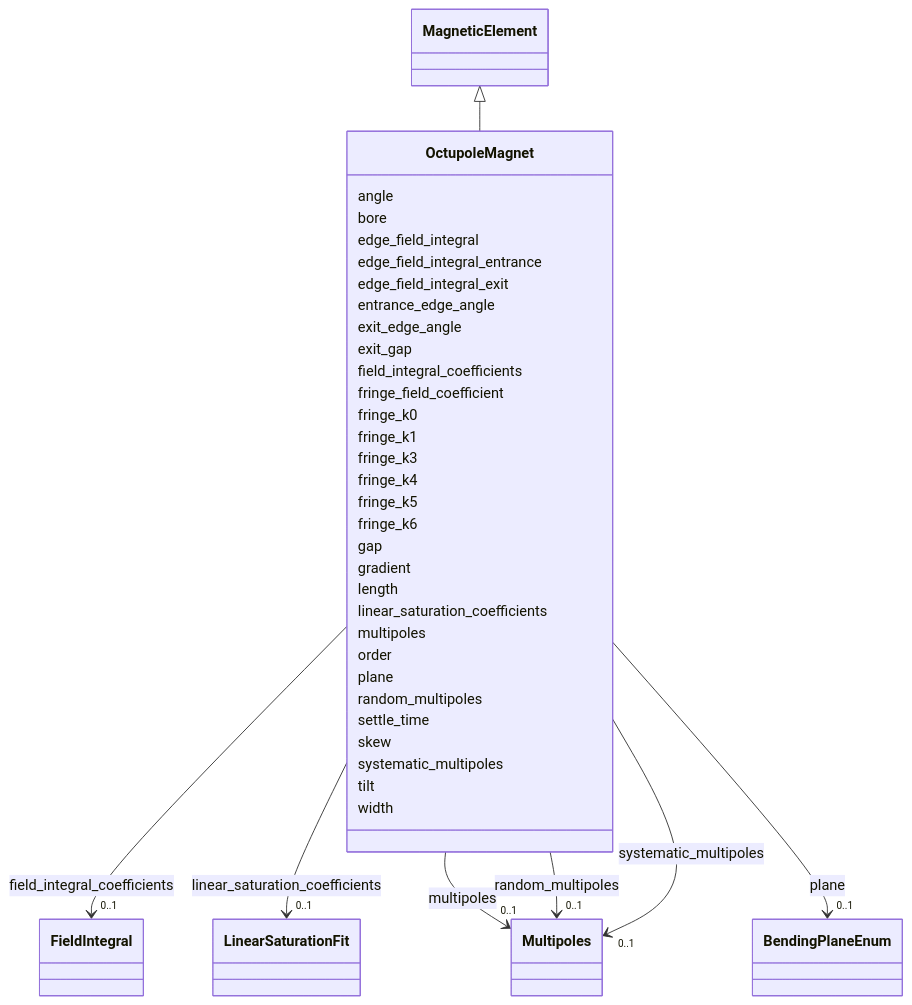
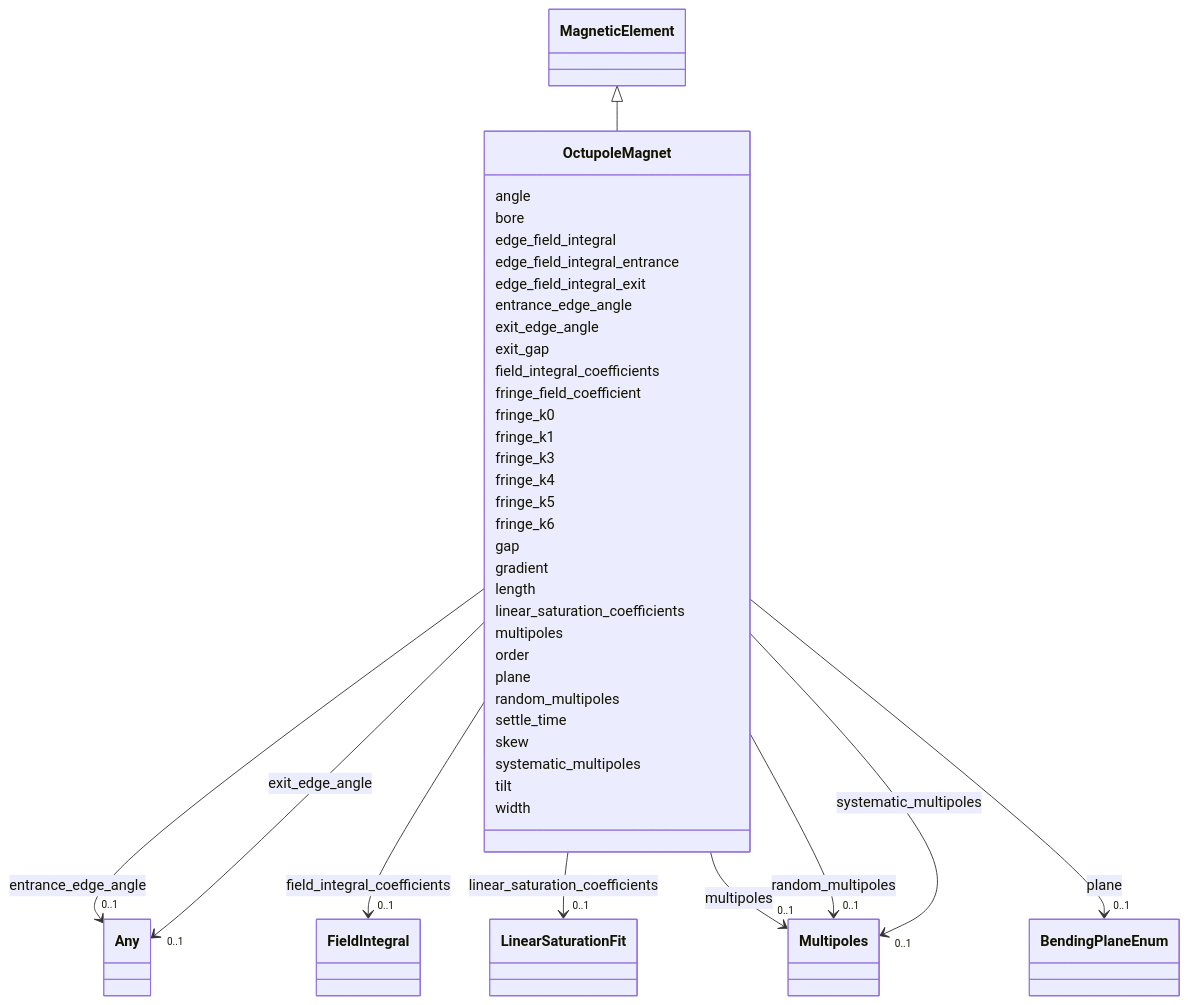
Before and after one commit to astec-stfc/laura: the diagram in docs/source/schema/OctupoleMagnet.md, drawn with Mermaid. The commit also changed other lines of this file and 101 other files, not shown here.

Commit message:
add Any type to schema since gen-pydantic can't apply a default and this helps to pass validation to multi-types vars; add inlined to elements/sections/layouts

```diff
--- a/docs/source/schema/OctupoleMagnet.md
+++ b/docs/source/schema/OctupoleMagnet.md
@@ -34,7 +34,25 @@
         
       OctupoleMagnet : entrance_edge_angle
         
+          
+    
+        
+        
+        OctupoleMagnet --> "0..1" Any : entrance_edge_angle
+        click Any href "../Any/"
+    
+
+        
       OctupoleMagnet : exit_edge_angle
+        
+          
+    
+        
+        
+        OctupoleMagnet --> "0..1" Any : exit_edge_angle
+        click Any href "../Any/"
+    
+
         
       OctupoleMagnet : exit_gap
         
```
